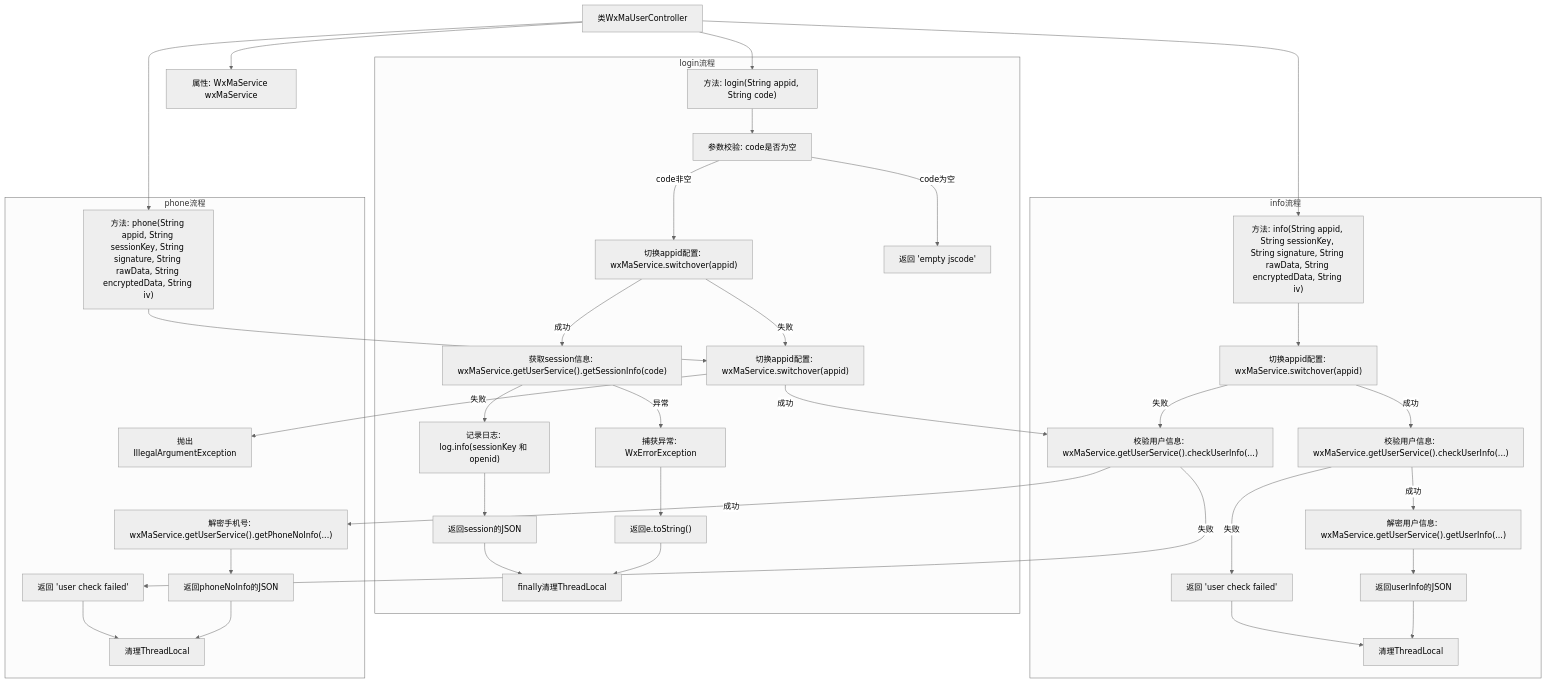
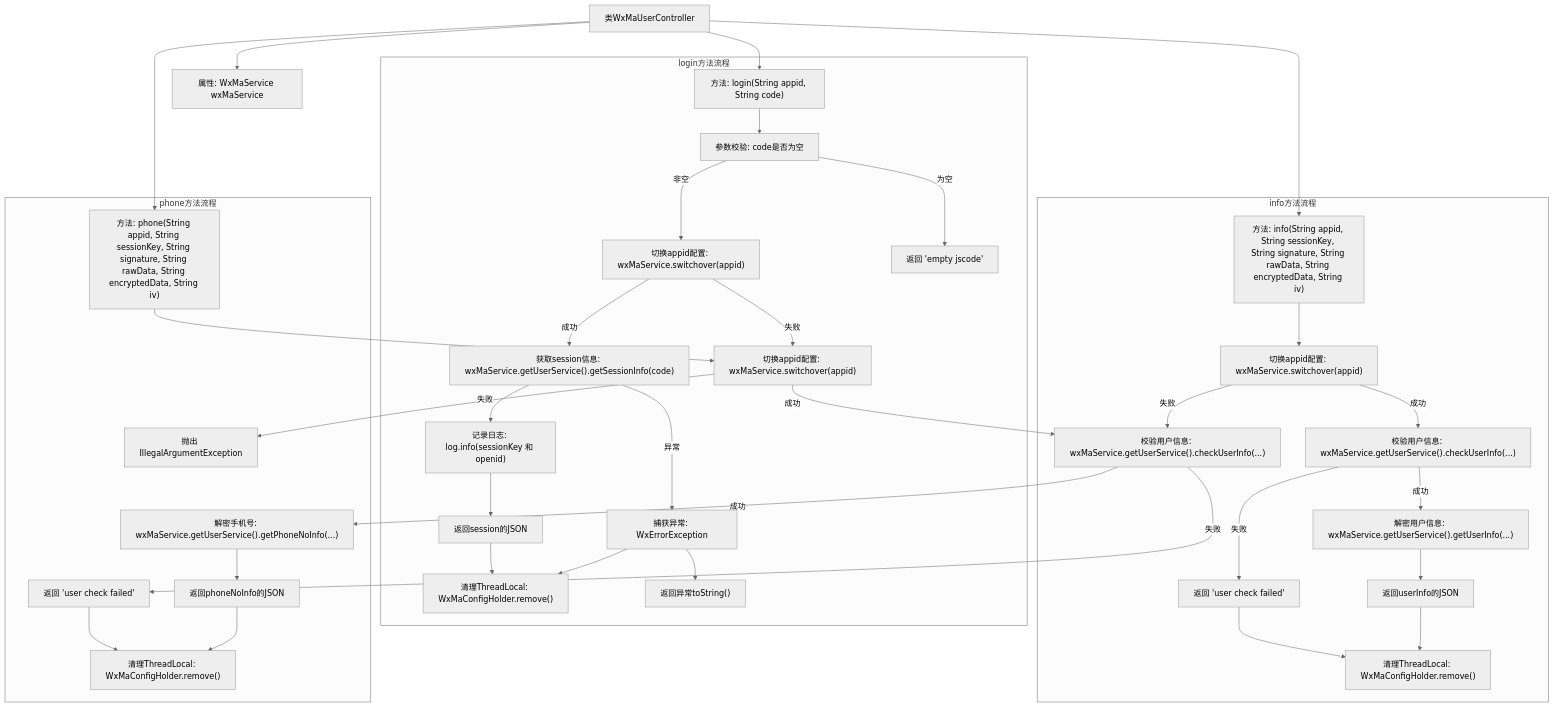
One commit to v-wjrong/binary_weixin-java-miniapp-demo changed the second of 2 diagrams in docs/zh/docs/src/main/java/com/github/binarywang/demo/wx/miniapp/controller/WxMaUserController.md. Above: the diagram before and after it, drawn with Mermaid (neutral theme). The commit also changed other lines of this file and 47 other files, not shown here.

````diff
--- a/docs/zh/docs/src/main/java/com/github/binarywang/demo/wx/miniapp/controller/WxMaUserController.md
+++ b/docs/zh/docs/src/main/java/com/github/binarywang/demo/wx/miniapp/controller/WxMaUserController.md
@@ -125,66 +108,67 @@
 ```mermaid
 graph TD
     A["类WxMaUserController"]
     B["属性: WxMaService wxMaService"]
     C["方法: login(String appid, String code)"]
     D["方法: info(String appid, String sessionKey, String signature, String rawData, String encryptedData, String iv)"]
     E["方法: phone(String appid, String sessionKey, String signature, String rawData, String encryptedData, String iv)"]
 
     A --> B
     A --> C
     A --> D
     A --> E
 
-    subgraph login流程
+    subgraph login方法流程
         C1["参数校验: code是否为空"]
         C2["切换appid配置: wxMaService.switchover(appid)"]
         C3["获取session信息: wxMaService.getUserService().getSessionInfo(code)"]
         C4["记录日志: log.info(sessionKey 和 openid)"]
         C5["返回session的JSON"]
         C6["捕获异常: WxErrorException"]
-        C7["finally清理ThreadLocal"]
-
+        C7["清理ThreadLocal: WxMaConfigHolder.remove()"]
+        
         C --> C1
-        C1 --"code为空"--> R1["返回 'empty jscode'"]
-        C1 --"code非空"--> C2
-        C2 --"失败"--> E1["抛出IllegalArgumentException"]
-        C2 --"成功"--> C3
+        C1 -- "为空" --> R1["返回 'empty jscode'"]
+        C1 -- "非空" --> C2
+        C2 -- "失败" --> E1["抛出 IllegalArgumentException"]
+        C2 -- "成功" --> C3
         C3 --> C4
         C4 --> C5
-        C3 --"异常"--> C6
-        C6 --> R2["返回e.toString()"]
-        C5 & R2 --> C7
+        C3 -- 异常 --> C6
+        C6 --> R2["返回异常toString()"]
+        C5 --> C7
+        C6 --> C7
     end
 
-    subgraph info流程
+    subgraph info方法流程
         D1["切换appid配置: wxMaService.switchover(appid)"]
         D2["校验用户信息: wxMaService.getUserService().checkUserInfo(...)"]
         D3["解密用户信息: wxMaService.getUserService().getUserInfo(...)"]
         D4["返回userInfo的JSON"]
-        D5["清理ThreadLocal"]
+        D5["清理ThreadLocal: WxMaConfigHolder.remove()"]
 
         D --> D1
-        D1 --"失败"--> E2["抛出IllegalArgumentException"]
-        D1 --"成功"--> D2
-        D2 --"失败"--> R3["返回 'user check failed'"] --> D5
-        D2 --"成功"--> D3
+        D1 -- "失败" --> E2["抛出 IllegalArgumentException"]
+        D1 -- "成功" --> D2
+        D2 -- "失败" --> R3["返回 'user check failed'"] --> D5
+        D2 -- "成功" --> D3
         D3 --> D4
         D4 --> D5
     end
 
-    subgraph phone流程
+    subgraph phone方法流程
         E1["切换appid配置: wxMaService.switchover(appid)"]
         E2["校验用户信息: wxMaService.getUserService().checkUserInfo(...)"]
         E3["解密手机号: wxMaService.getUserService().getPhoneNoInfo(...)"]
         E4["返回phoneNoInfo的JSON"]
-        E5["清理ThreadLocal"]
+        E5["清理ThreadLocal: WxMaConfigHolder.remove()"]
 
         E --> E1
-        E1 --"失败"--> E3_1["抛出IllegalArgumentException"]
-        E1 --"成功"--> E2
-        E2 --"失败"--> R4["返回 'user check failed'"] --> E5
-        E2 --"成功"--> E3
+        E1 -- "失败" --> E3_1["抛出 IllegalArgumentException"]
+        E1 -- "成功" --> E2
+        E2 -- "失败" --> R4["返回 'user check failed'"] --> E5
+        E2 -- "成功" --> E3
         E3 --> E4
         E4 --> E5
     end
 ```
````
